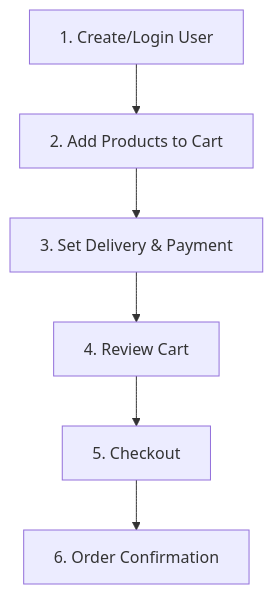
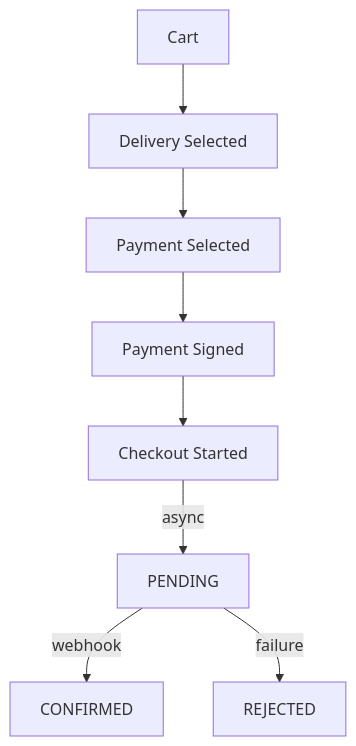
The diagram in docs/docs/guides/checkout-implementation.md (unchainedshop/unchained), drawn with Mermaid before and after one commit. The commit also changed other lines of this file and 1 other file, not shown here.

Commit message:
Update checout and pricing docs

````diff
--- a/docs/docs/guides/checkout-implementation.md
+++ b/docs/docs/guides/checkout-implementation.md
@@ -16,8 +19,11 @@
 ```mermaid
 flowchart TD
-    A[1. Create/Login User] --> B[2. Add Products to Cart]
-    B --> C[3. Set Delivery & Payment]
-    C --> D[4. Review Cart]
-    D --> E[5. Checkout]
-    E --> F[6. Order Confirmation]
+  A[Cart] --> B[Delivery Selected]
+  B --> C[Payment Selected]
+  C --> D[Payment Signed]
+  D --> E[Checkout Started]
+  E -->|async| F[PENDING]
+  F -->|webhook| G[CONFIRMED]
+  F -->|failure| H[REJECTED]
+
 ```
````
